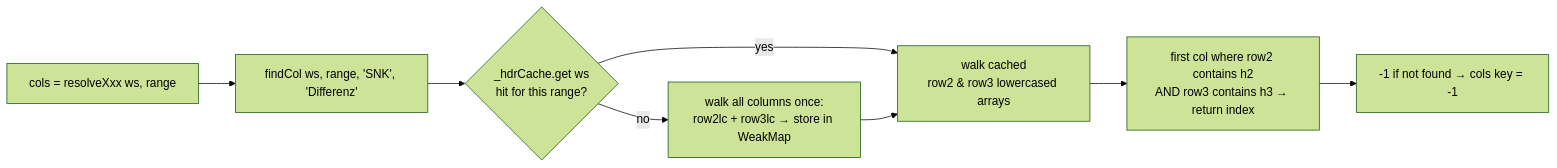
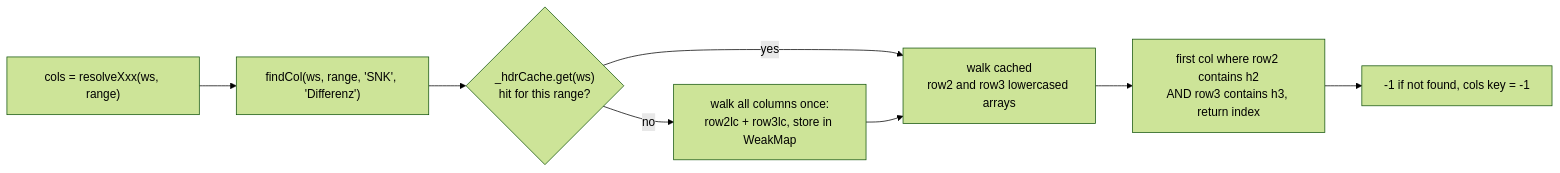
Before and after one commit to nicoyogi/vb-code-vault: the third of 5 diagrams in docs/ANMERKUNG-WORKFLOW.md, drawn with Mermaid (forest theme). The commit also changed other lines of this file, not shown here.

Commit message:
docs(anmerkung): quote Mermaid node labels so diagrams render on GitHub

````diff
--- a/docs/ANMERKUNG-WORKFLOW.md
+++ b/docs/ANMERKUNG-WORKFLOW.md
@@ -207,10 +207,10 @@
 ```mermaid
 flowchart LR
-  A[cols = resolveXxx ws, range] --> B[findCol ws, range, 'SNK', 'Differenz']
-  B --> C{_hdrCache.get ws<br/>hit for this range?}
-  C -- yes --> E[walk cached<br/>row2 & row3 lowercased arrays]
-  C -- no --> D[walk all columns once:<br/>row2lc + row3lc → store in WeakMap]
+  A["cols = resolveXxx(ws, range)"] --> B["findCol(ws, range, 'SNK', 'Differenz')"]
+  B --> C{"_hdrCache.get(ws)<br/>hit for this range?"}
+  C -- yes --> E["walk cached<br/>row2 and row3 lowercased arrays"]
+  C -- no --> D["walk all columns once:<br/>row2lc + row3lc, store in WeakMap"]
   D --> E
-  E --> F[first col where row2 contains h2<br/>AND row3 contains h3 → return index]
-  F --> G[-1 if not found → cols key = -1]
+  E --> F["first col where row2 contains h2<br/>AND row3 contains h3, return index"]
+  F --> G["-1 if not found, cols key = -1"]
 ```
````
